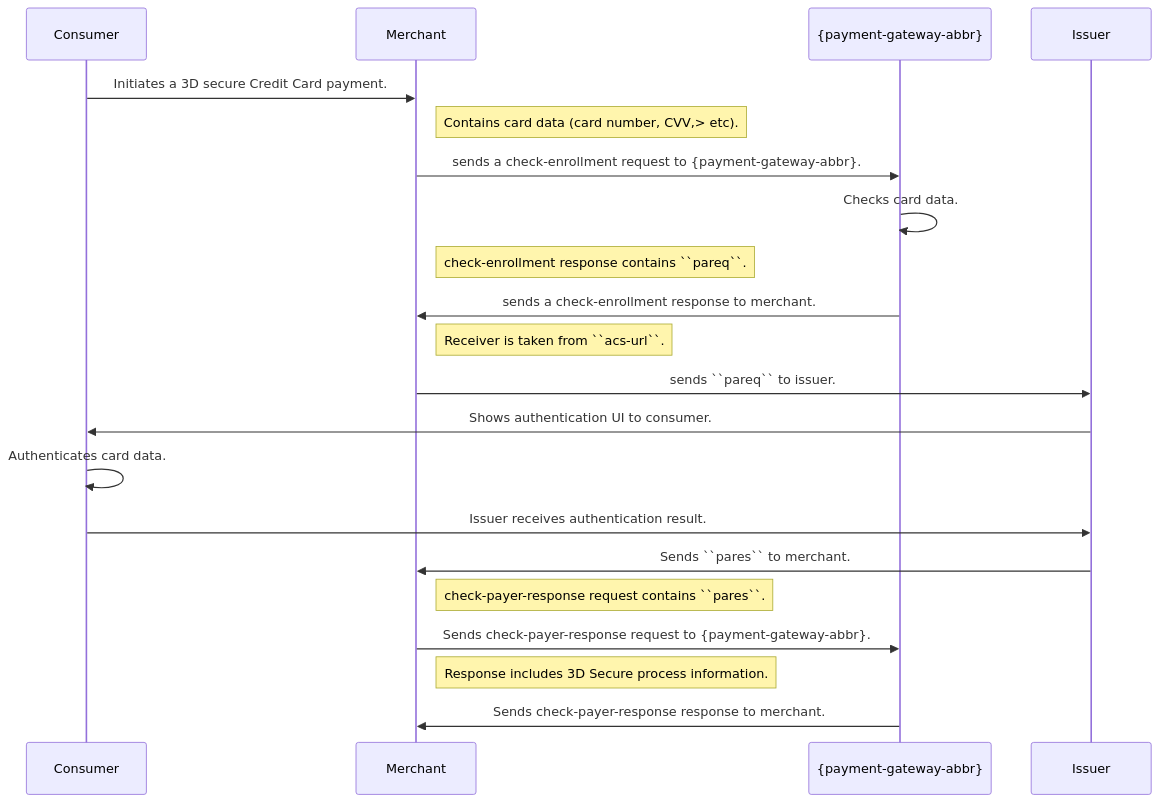
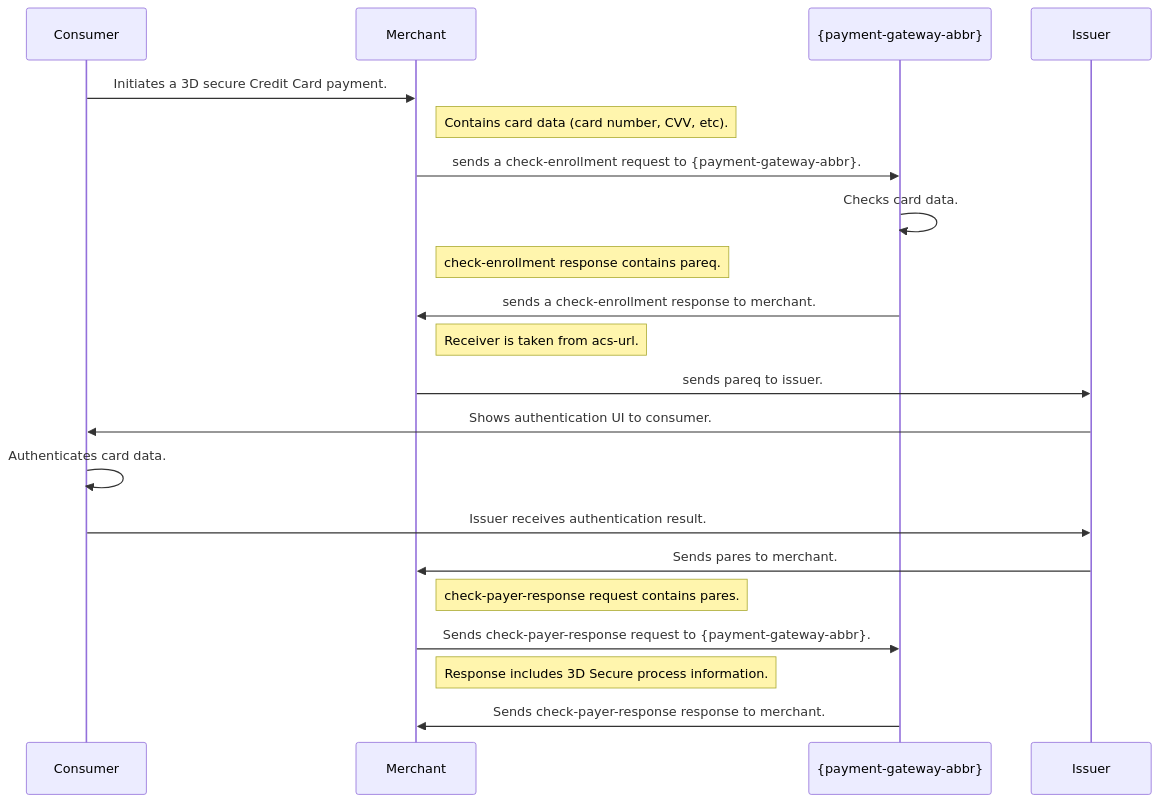
Before and after one commit to wirecard/merchant-documentation-gateway: the diagram in 11-01-08-testcards.adoc, drawn with Mermaid.

Commit message:
remove formatting from 3DS2_TestCards_Workflow

```diff
--- a/11-01-08-testcards.adoc
+++ b/11-01-08-testcards.adoc
@@ -242,24 +242,24 @@
 [mermaid, 3DS2_TestCards_Workflow,svg,subs=attributes+]
 ----
 sequenceDiagram
     participant Consumer
     participant Merchant
     participant {payment-gateway-abbr}
     participant Issuer
 Consumer->>Merchant: Initiates a 3D secure Credit Card payment.
-Note right of Merchant: Contains card data (card number, CVV,> etc).
+Note right of Merchant: Contains card data (card number, CVV, etc).
 Merchant->>{payment-gateway-abbr}: sends a check-enrollment request to {payment-gateway-abbr}.
 {payment-gateway-abbr}->>{payment-gateway-abbr}: Checks card data.
-Note right of Merchant: check-enrollment response contains ``pareq``.
+Note right of Merchant: check-enrollment response contains pareq.
 {payment-gateway-abbr}->>Merchant: sends a check-enrollment response to merchant.
-Note right of Merchant: Receiver is taken from ``acs-url``.
-Merchant->>Issuer: sends ``pareq`` to issuer.
+Note right of Merchant: Receiver is taken from acs-url.
+Merchant->>Issuer: sends pareq to issuer.
 Issuer->>Consumer: Shows authentication UI to consumer.
 Consumer->>Consumer: Authenticates card data.
 Consumer->>Issuer: Issuer receives authentication result.
-Issuer->>Merchant: Sends ``pares`` to merchant.
-Note right of Merchant: check-payer-response request contains ``pares``.
+Issuer->>Merchant: Sends pares to merchant.
+Note right of Merchant: check-payer-response request contains pares.
 Merchant->>{payment-gateway-abbr}: Sends check-payer-response request to {payment-gateway-abbr}.
 Note right of Merchant: Response includes 3D Secure process information.
 {payment-gateway-abbr}->>Merchant: Sends check-payer-response response to merchant.
 ----
```
